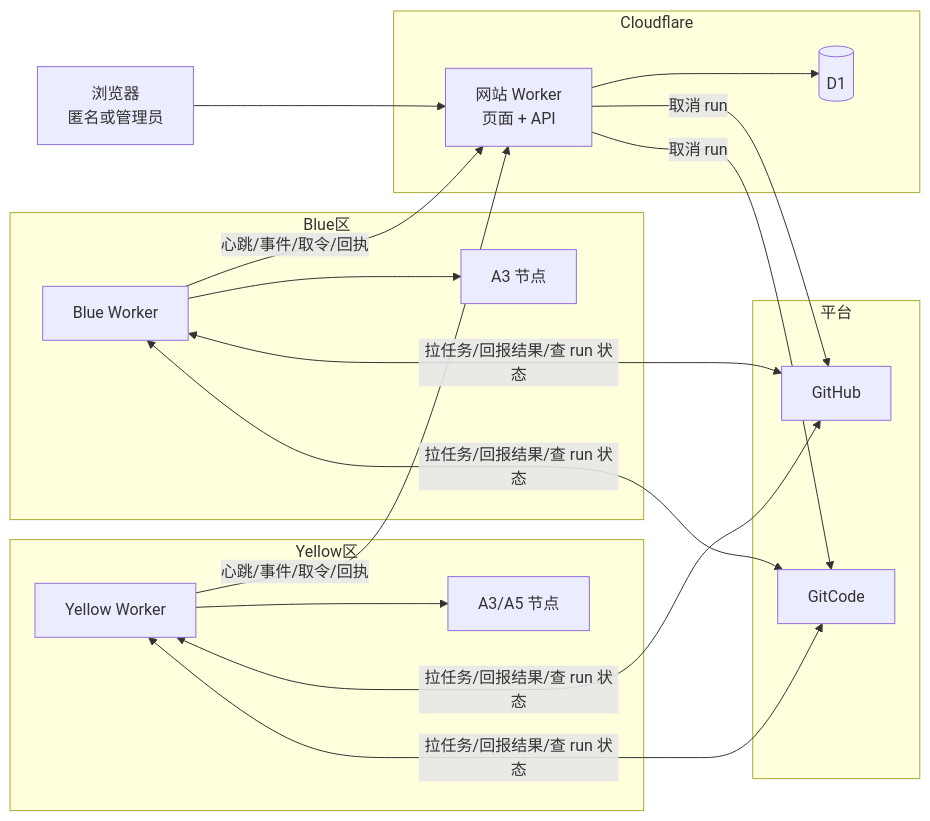
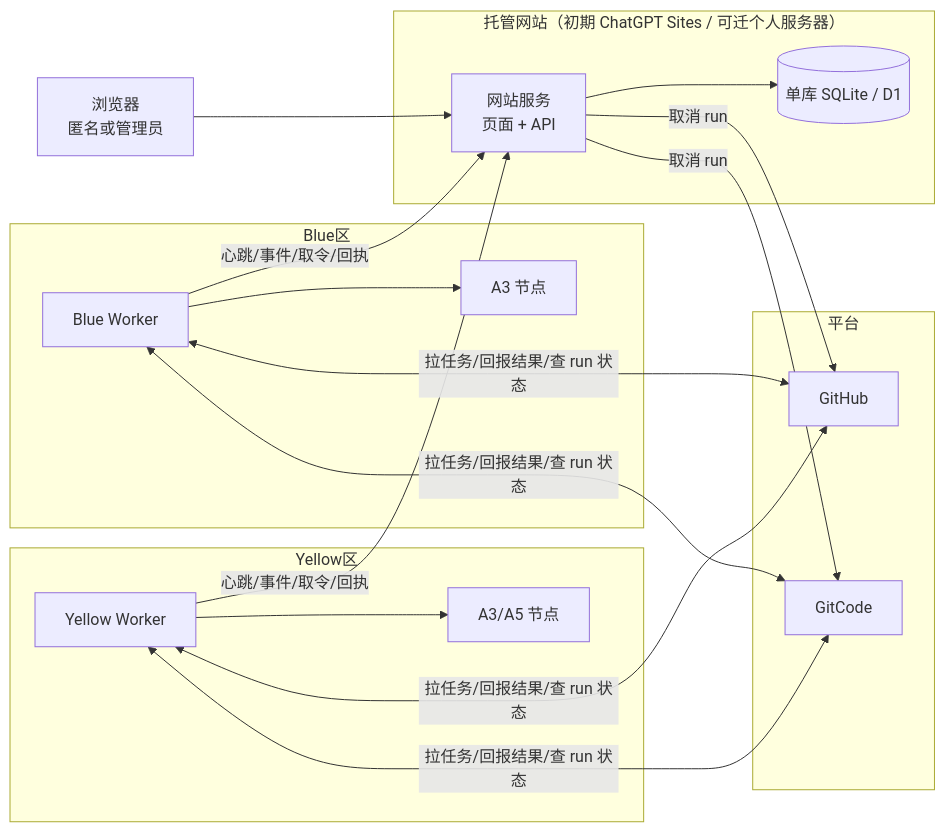
The first of 9 diagrams in control-center/docs/PRD.md (depeng1994/lite-actions), drawn with Mermaid before and after one commit. The commit also changed other lines of this file and 3 other files, not shown here.

````diff
--- a/control-center/docs/PRD.md
+++ b/control-center/docs/PRD.md
@@ -33,25 +34,25 @@
 ```mermaid
 flowchart LR
     subgraph 平台
         GH[GitHub]
         GC[GitCode]
     end
     subgraph Blue区
         WB[Blue Worker] --> NB[A3 节点]
     end
     subgraph Yellow区
         WY[Yellow Worker] --> NY[A3/A5 节点]
     end
-    subgraph Cloudflare
-        S[网站 Worker<br/>页面 + API] --> D[(D1)]
+    subgraph 托管网站["托管网站（初期 ChatGPT Sites / 可迁个人服务器）"]
+        S[网站服务<br/>页面 + API] --> D[(单库 SQLite / D1)]
     end
     WB <-->|拉任务/回报结果/查 run 状态| GH
     WB <-->|拉任务/回报结果/查 run 状态| GC
     WY <-->|拉任务/回报结果/查 run 状态| GH
     WY <-->|拉任务/回报结果/查 run 状态| GC
     WB -->|心跳/事件/取令/回执| S
     WY -->|心跳/事件/取令/回执| S
     S -->|取消 run| GH
     S -->|取消 run| GC
     U[浏览器<br/>匿名或管理员] --> S
 ```
````
